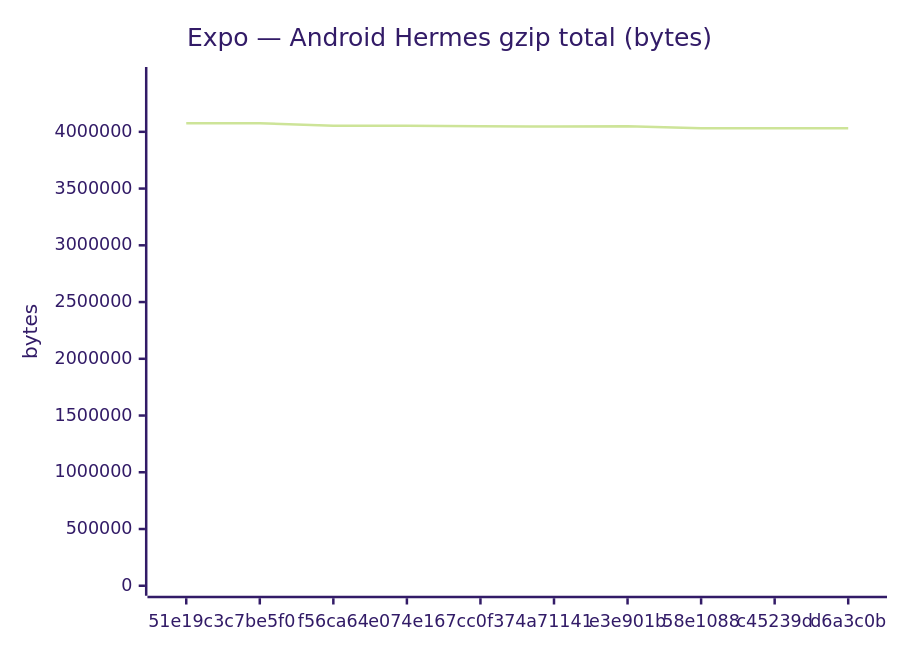
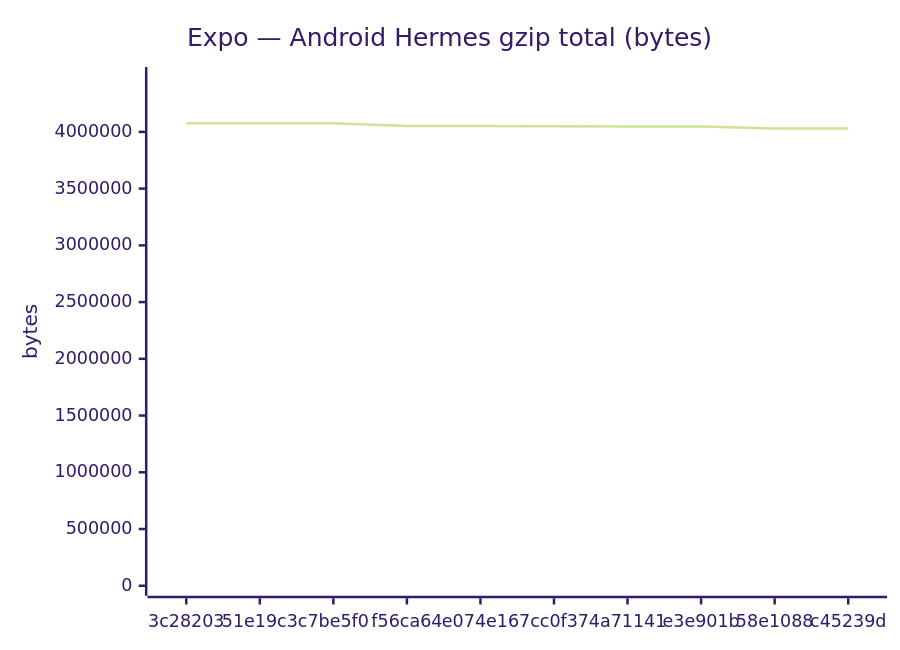
The fifth of 18 diagrams in benchmarks/compare.md (Metaheurist/Rianell), drawn with Mermaid (forest theme) before and after one commit. The commit also changed other lines of this file and 11 other files, not shown here.

````diff
--- a/benchmarks/compare.md
+++ b/benchmarks/compare.md
@@ -89,7 +89,7 @@
 ```mermaid
 xychart-beta
     title "Expo — Android Hermes gzip total (bytes)"
-    x-axis ["51e19c3", "c7be5f0", "f56ca64", "e074e16", "7cc0f37", "4a71141", "e3e901b", "58e1088", "c45239d", "d6a3c0b"]
-    y-axis "bytes" 0 --> 4483143
-    line [4075584, 4075582, 4052821, 4052813, 4049448, 4046554, 4048091, 4030638, 4030634, 4030639]
+    x-axis ["3c28203", "51e19c3", "c7be5f0", "f56ca64", "e074e16", "7cc0f37", "4a71141", "e3e901b", "58e1088", "c45239d"]
+    y-axis "bytes" 0 --> 4483679
+    line [4076071, 4075584, 4075582, 4052821, 4052813, 4049448, 4046554, 4048091, 4030638, 4030634]
 ```
````
